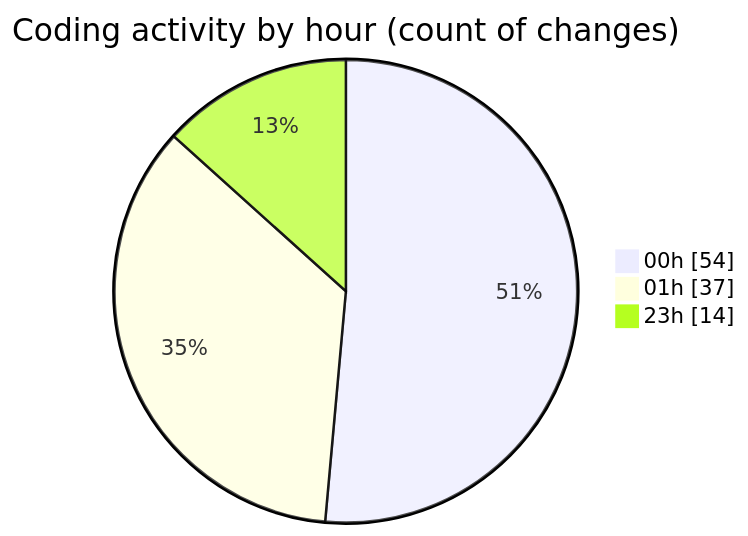
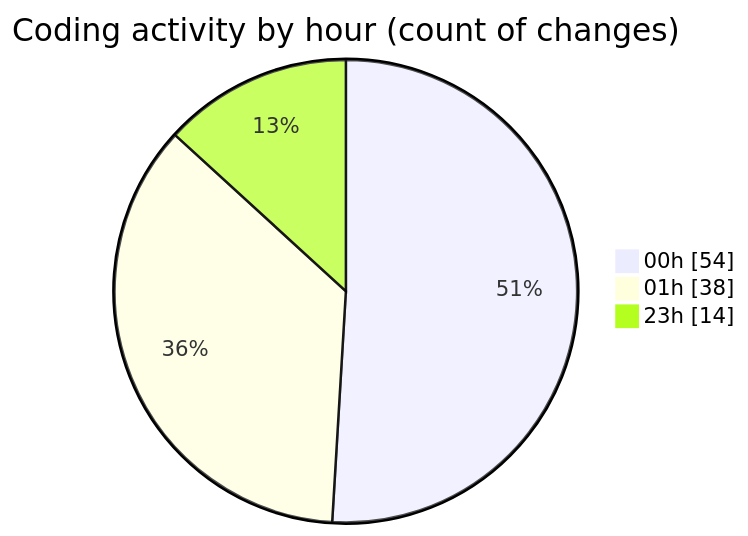
Before and after one commit to lephambinh05/code-tracking: the second of 2 diagrams in 2025-08-20/quytuthien_vn/README.md, drawn with Mermaid. The commit also changed other lines of this file and 1 other file, not shown here.

````diff
--- a/2025-08-20/quytuthien_vn/README.md
+++ b/2025-08-20/quytuthien_vn/README.md
@@ -84,7 +84,7 @@
 ```mermaid
 pie showData
 title Coding activity by hour (count of changes)
 "00h" : 54
-"01h" : 37
+"01h" : 38
 "23h" : 14
 ```
````
